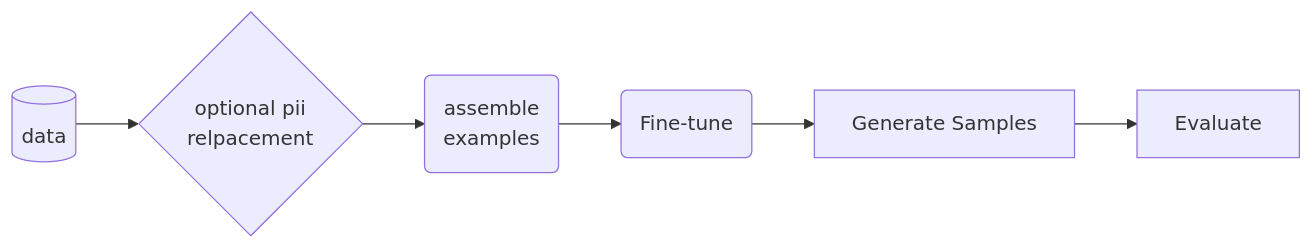
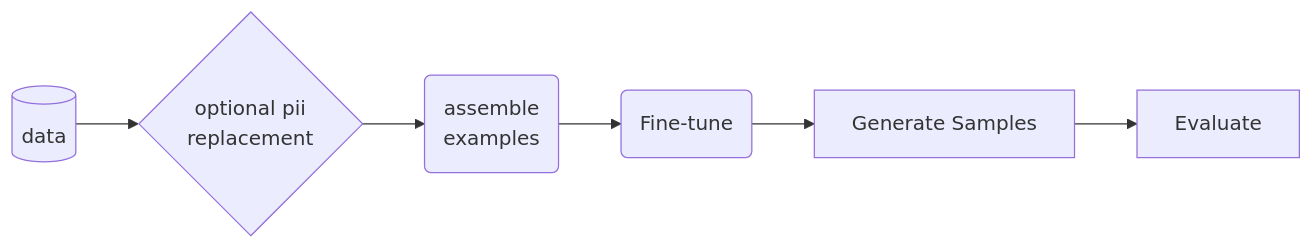
The third of 3 diagrams in design.md (NVIDIA-NeMo/Safe-Synthesizer), drawn with Mermaid before and after one commit. The commit also changed other lines of this file and 84 other files, not shown here.

````diff
--- a/design.md
+++ b/design.md
@@ -190,9 +189,9 @@
 ```mermaid
 flowchart LR
     B[(data)]
-    B --> C{optional pii <br>relpacement}
+    B --> C{optional pii <br>replacement}
     C --> D(assemble <br> examples)
     D --> E(Fine-tune)
     E --> F[Generate Samples]
     F --> G[Evaluate]
 ```
````
